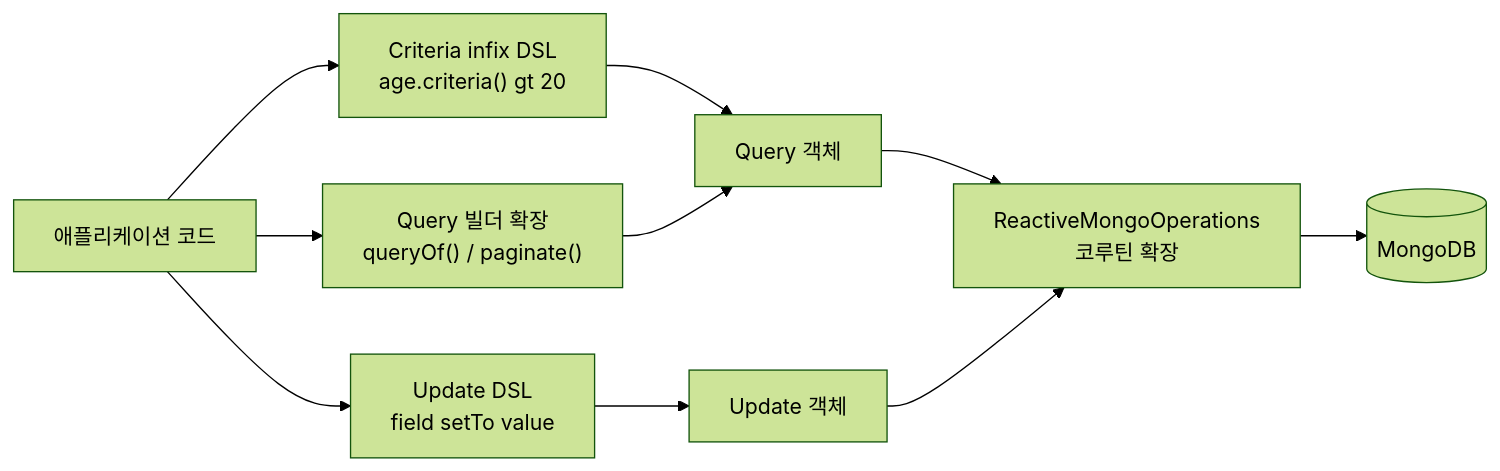
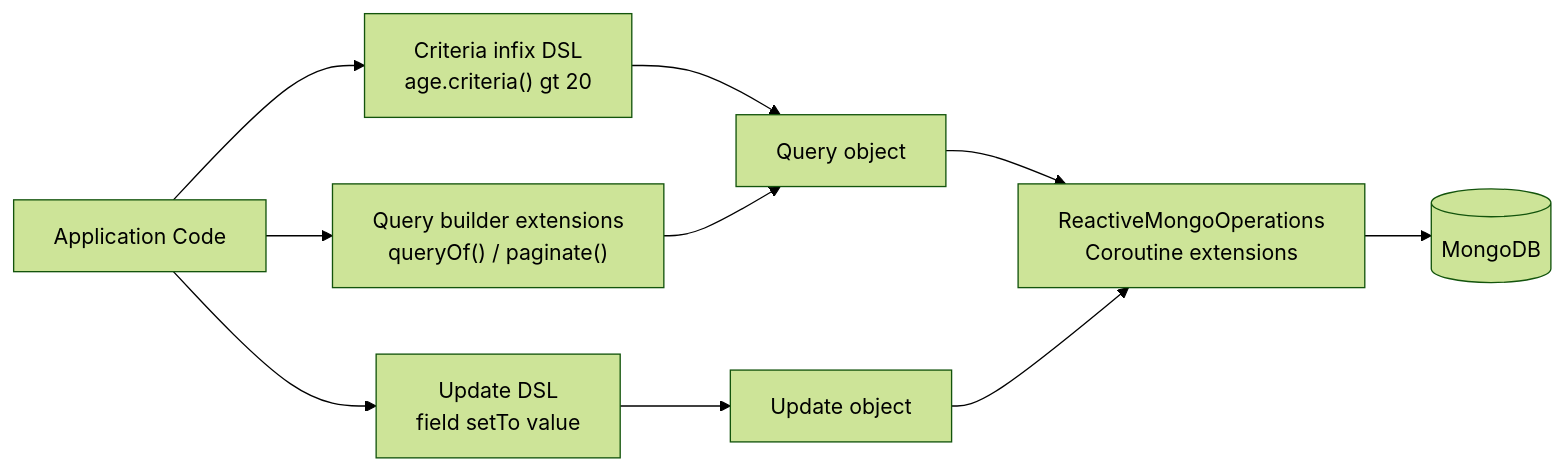
The third of 4 diagrams in spring-boot3/mongodb/README.md (bluetape4k/bluetape4k-projects), drawn with Mermaid (forest theme) before and after one commit. The commit also changed other lines of this file and 265 other files, not shown here.

````diff
--- a/spring-boot3/mongodb/README.md
+++ b/spring-boot3/mongodb/README.md
@@ -282,12 +282,12 @@
 ```mermaid
 flowchart LR
-    Code["애플리케이션 코드"] --> CriteriaDSL["Criteria infix DSL<br/>age.criteria() gt 20"]
-    Code --> QueryBuilder["Query 빌더 확장<br/>queryOf() / paginate()"]
+    Code["Application Code"] --> CriteriaDSL["Criteria infix DSL<br/>age.criteria() gt 20"]
+    Code --> QueryBuilder["Query builder extensions<br/>queryOf() / paginate()"]
     Code --> UpdateDSL["Update DSL<br/>field setTo value"]
-    CriteriaDSL --> Query["Query 객체"]
+    CriteriaDSL --> Query["Query object"]
     QueryBuilder --> Query
-    UpdateDSL --> Update["Update 객체"]
-    Query --> ROps["ReactiveMongoOperations<br/>코루틴 확장"]
+    UpdateDSL --> Update["Update object"]
+    Query --> ROps["ReactiveMongoOperations<br/>Coroutine extensions"]
     Update --> ROps
     ROps --> MongoDB[("MongoDB")]
 ```
````
